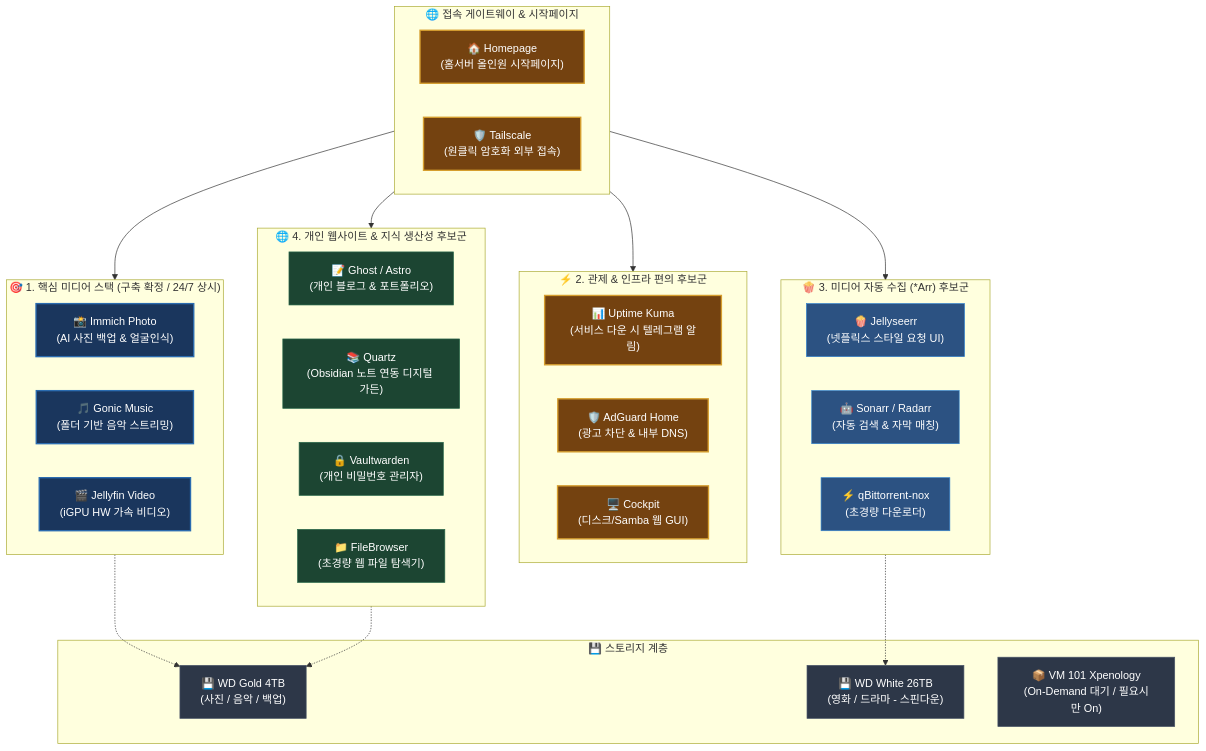
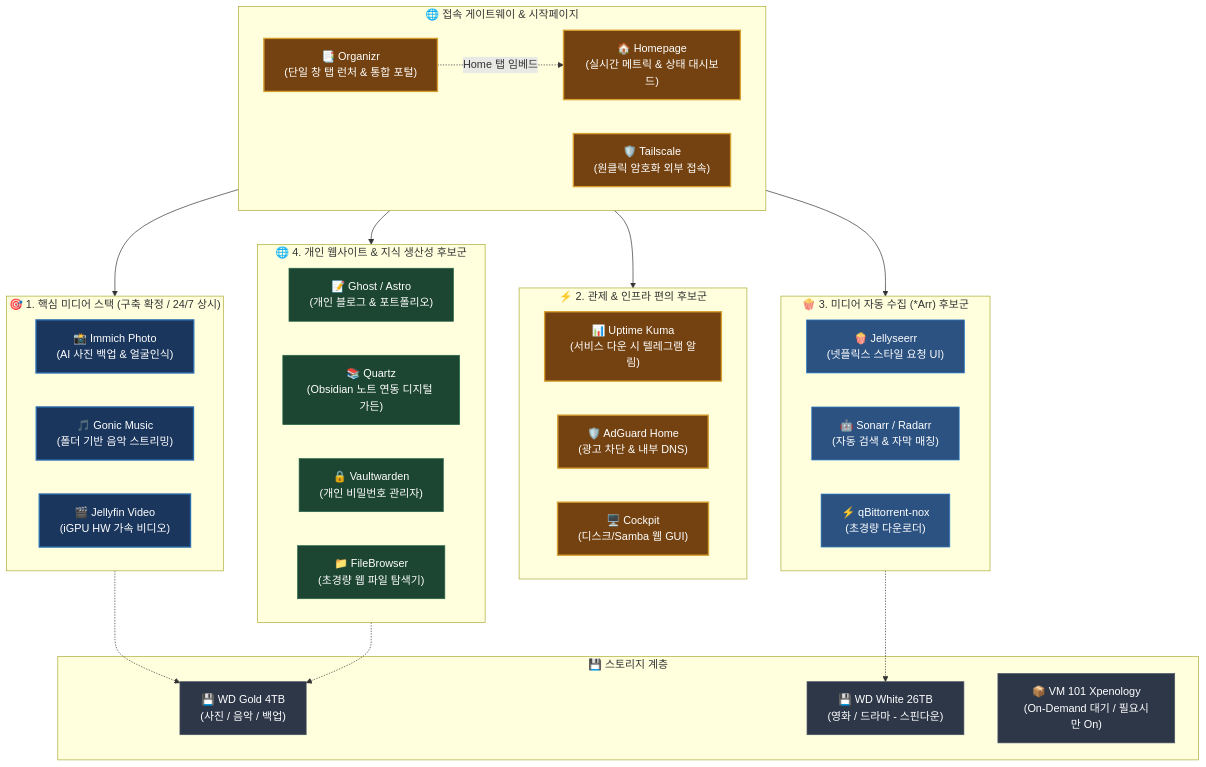
The first of 3 diagrams in self-nas/docs/98_candidate_services_and_architecture_review.md (waceh/nas), drawn with Mermaid before and after one commit. The commit also changed other lines of this file and 1 other file, not shown here.

Commit message:
docs: Homepage + Organizr 듀얼 대시보드 시너지 분석 및 아키텍처 반영(98, 00)

````diff
--- a/self-nas/docs/98_candidate_services_and_architecture_review.md
+++ b/self-nas/docs/98_candidate_services_and_architecture_review.md
@@ -9,54 +9,56 @@
 ```mermaid
 flowchart TB
     %% Styles
     classDef core fill:#1a365d,stroke:#2b6cb0,stroke-width:2px,color:#fff;
     classDef dash fill:#744210,stroke:#d69e2e,stroke-width:2px,color:#fff;
     classDef media fill:#2c5282,stroke:#3182ce,stroke-width:1px,color:#fff;
     classDef web fill:#1c4532,stroke:#276749,stroke-width:1px,color:#fff;
     classDef storage fill:#2d3748,stroke:#4a5568,stroke-width:1px,color:#fff;
 
     subgraph Entry["🌐 접속 게이트웨이 & 시작페이지"]
-        Homepage["🏠 Homepage<br/>(홈서버 올인원 시작페이지)"]:::dash
+        Organizr["📑 Organizr<br/>(단일 창 탭 런처 & 통합 포털)"]:::dash
+        Homepage["🏠 Homepage<br/>(실시간 메트릭 & 상태 대시보드)"]:::dash
         Tailscale["🛡️ Tailscale<br/>(원클릭 암호화 외부 접속)"]:::dash
+        Organizr -.->|"Home 탭 임베드"| Homepage
     end
 
     subgraph Core["🎯 1. 핵심 미디어 스택 (구축 확정 / 24/7 상시)"]
         Immich["📸 Immich Photo<br/>(AI 사진 백업 & 얼굴인식)"]:::core
         Gonic["🎵 Gonic Music<br/>(폴더 기반 음악 스트리밍)"]:::core
         Jellyfin["🎬 Jellyfin Video<br/>(iGPU HW 가속 비디오)"]:::core
     end
 
     subgraph Infra["⚡ 2. 관제 & 인프라 편의 후보군"]
         Kuma["📊 Uptime Kuma<br/>(서비스 다운 시 텔레그램 알림)"]:::dash
         AdGuard["🛡️ AdGuard Home<br/>(광고 차단 & 내부 DNS)"]:::dash
         Cockpit["🖥️ Cockpit<br/>(디스크/Samba 웹 GUI)"]:::dash
     end
 
     subgraph Automation["🍿 3. 미디어 자동 수집 (*Arr) 후보군"]
         Jellyseerr["🍿 Jellyseerr<br/>(넷플릭스 스타일 요청 UI)"]:::media
         ArrStack["🤖 Sonarr / Radarr<br/>(자동 검색 & 자막 매칭)"]:::media
         Qbit["⚡ qBittorrent-nox<br/>(초경량 다운로더)"]:::media
     end
 
     subgraph Personal["🌐 4. 개인 웹사이트 & 지식 생산성 후보군"]
         Blog["📝 Ghost / Astro<br/>(개인 블로그 & 포트폴리오)"]:::web
         Quartz["📚 Quartz<br/>(Obsidian 노트 연동 디지털 가든)"]:::web
         Vaultwarden["🔒 Vaultwarden<br/>(개인 비밀번호 관리자)"]:::web
         FileBrowser["📁 FileBrowser<br/>(초경량 웹 파일 탐색기)"]:::web
     end
 
     subgraph Disks["💾 스토리지 계층"]
         Gold["💾 WD Gold 4TB<br/>(사진 / 음악 / 백업)"]:::storage
         White["💾 WD White 26TB<br/>(영화 / 드라마 - 스핀다운)"]:::storage
         VM101["📦 VM 101 Xpenology<br/>(On-Demand 대기 / 필요시만 On)"]:::storage
     end
 
     Entry --> Core
     Entry --> Infra
     Entry --> Automation
     Entry --> Personal
 
     Core -.-> Gold
     Automation -.-> White
     Personal -.-> Gold
 ```
````
